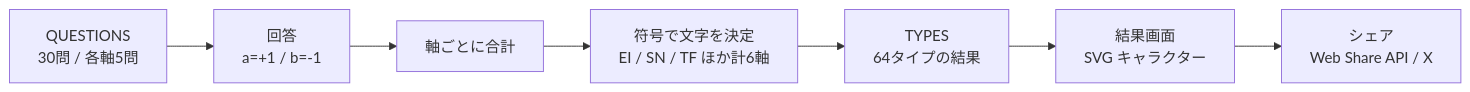
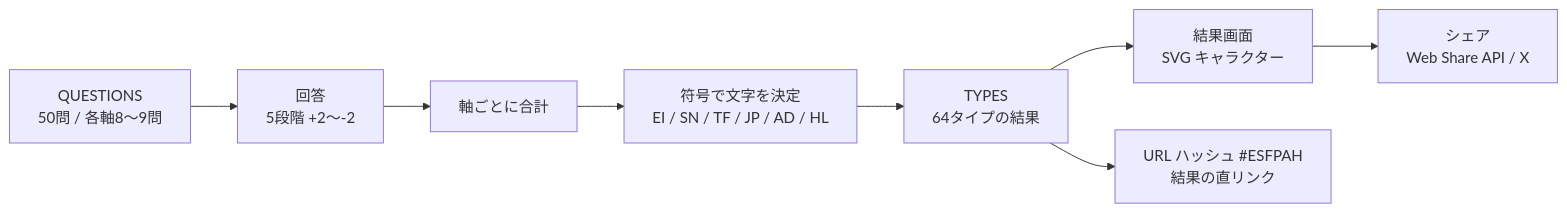
One commit to ten-ten66/hebibea-shindan changed the diagram in README.md. Above: the diagram before and after it, drawn with Mermaid. The commit also changed other lines of this file and 5 other files, not shown here.

````diff
--- a/README.md
+++ b/README.md
@@ -10,9 +16,10 @@
 ```mermaid
 flowchart LR
-    Q[QUESTIONS<br/>30問 / 各軸5問] --> A[回答<br/>a=+1 / b=-1]
+    Q[QUESTIONS<br/>50問 / 各軸8〜9問] --> A[回答<br/>5段階 +2〜-2]
     A --> S[軸ごとに合計]
-    S --> T[符号で文字を決定<br/>EI / SN / TF ほか計6軸]
+    S --> T[符号で文字を決定<br/>EI / SN / TF / JP / AD / HL]
     T --> R[TYPES<br/>64タイプの結果]
     R --> UI[結果画面<br/>SVG キャラクター]
+    R --> URL[URL ハッシュ #ESFPAH<br/>結果の直リンク]
     UI --> SH[シェア<br/>Web Share API / X]
 ```
````
